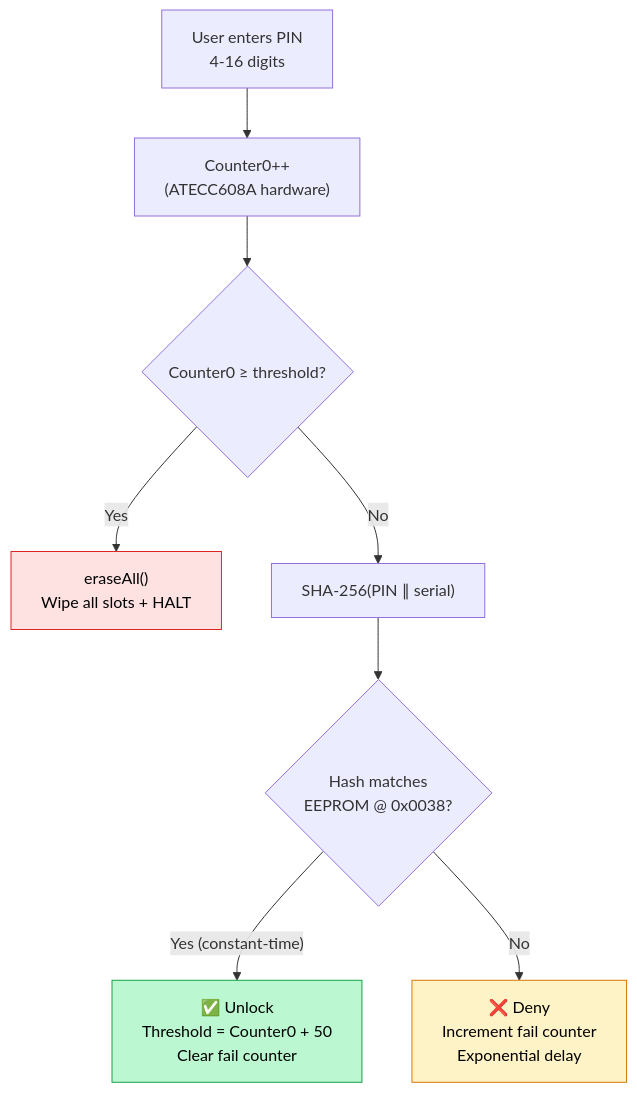
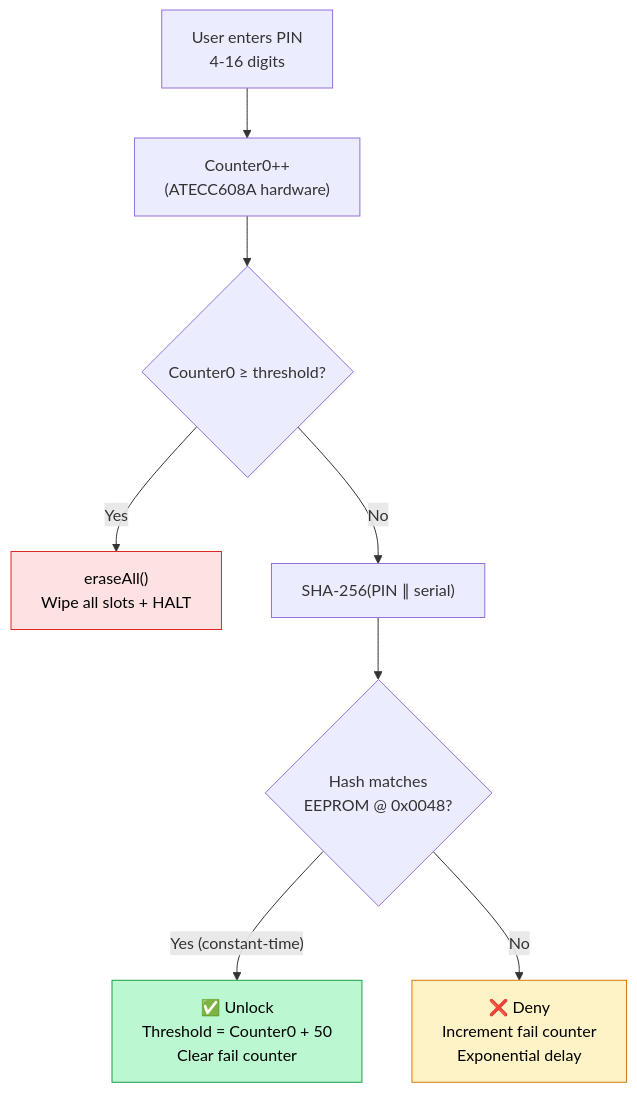
One commit to Depbit-lab/docsZerokeyUSB changed the second of 2 diagrams in firmware/security/index.mdx. Above: the diagram before and after it, drawn with Mermaid. The commit also changed other lines of this file and 41 other files, not shown here.

````diff
--- a/firmware/security/index.mdx
+++ b/firmware/security/index.mdx
@@ -113,14 +119,14 @@
 ```mermaid
 flowchart TD
     A["User enters PIN\n4-16 digits"] --> B["Counter0++\n(ATECC608A hardware)"]
     B --> C{"Counter0 ≥ threshold?"}
     C -->|Yes| D["eraseAll()\nWipe all slots + HALT"]
     C -->|No| E["SHA-256(PIN ∥ serial)"]
-    E --> F{"Hash matches\nEEPROM @ 0x0038?"}
+    E --> F{"Hash matches\nEEPROM @ 0x0048?"}
     F -->|"Yes (constant-time)"| G["✅ Unlock\nThreshold = Counter0 + 50\nClear fail counter"]
     F -->|"No"| H["❌ Deny\nIncrement fail counter\nExponential delay"]
     
     style D fill:#fee2e2,stroke:#dc2626,color:#000
     style G fill:#bbf7d0,stroke:#16a34a,color:#000
     style H fill:#fef3c7,stroke:#d97706,color:#000
 ```
````
